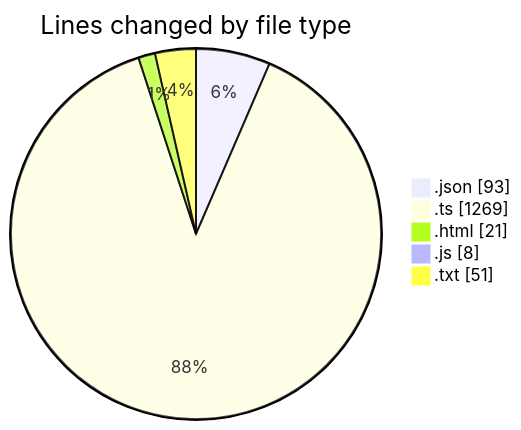
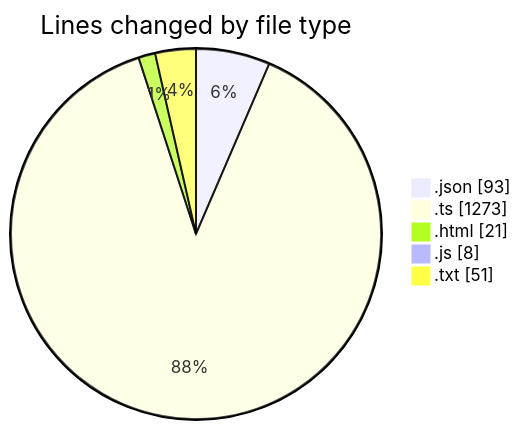
The first of 2 diagrams in 2026-02-02/singularitybrainai/README.md (tmsrecording-cyber/code-tracking), drawn with Mermaid before and after one commit. The commit also changed other lines of this file and 1 other file, not shown here.

````diff
--- a/2026-02-02/singularitybrainai/README.md
+++ b/2026-02-02/singularitybrainai/README.md
@@ -29,9 +29,9 @@
 ```mermaid
 pie showData
 title Lines changed by file type
 ".json" : 93
-".ts" : 1269
+".ts" : 1273
 ".html" : 21
 ".js" : 8
 ".txt" : 51
 ```
````
